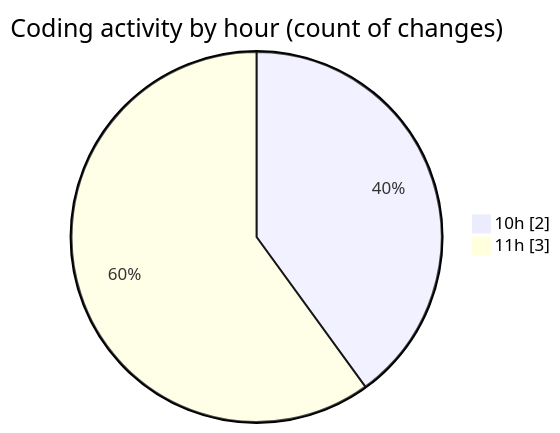
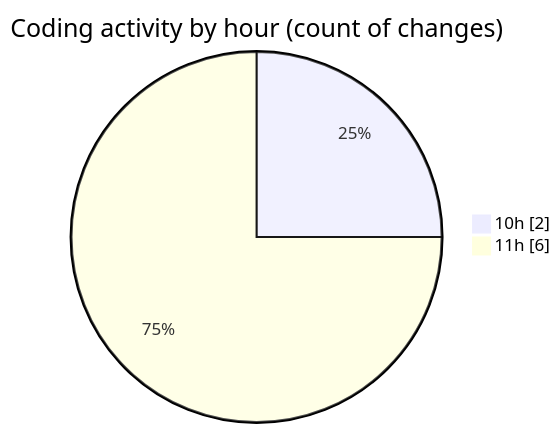
One commit to idhammustaqopulfikri/code-tracking changed the second of 2 diagrams in 2025-06-02/studio-backend/README.md. Above: the diagram before and after it, drawn with Mermaid. The commit also changed other lines of this file and 1 other file, not shown here.

````diff
--- a/2025-06-02/studio-backend/README.md
+++ b/2025-06-02/studio-backend/README.md
@@ -29,6 +30,6 @@
 ```mermaid
 pie showData
 title Coding activity by hour (count of changes)
 "10h" : 2
-"11h" : 3
+"11h" : 6
 ```
````
